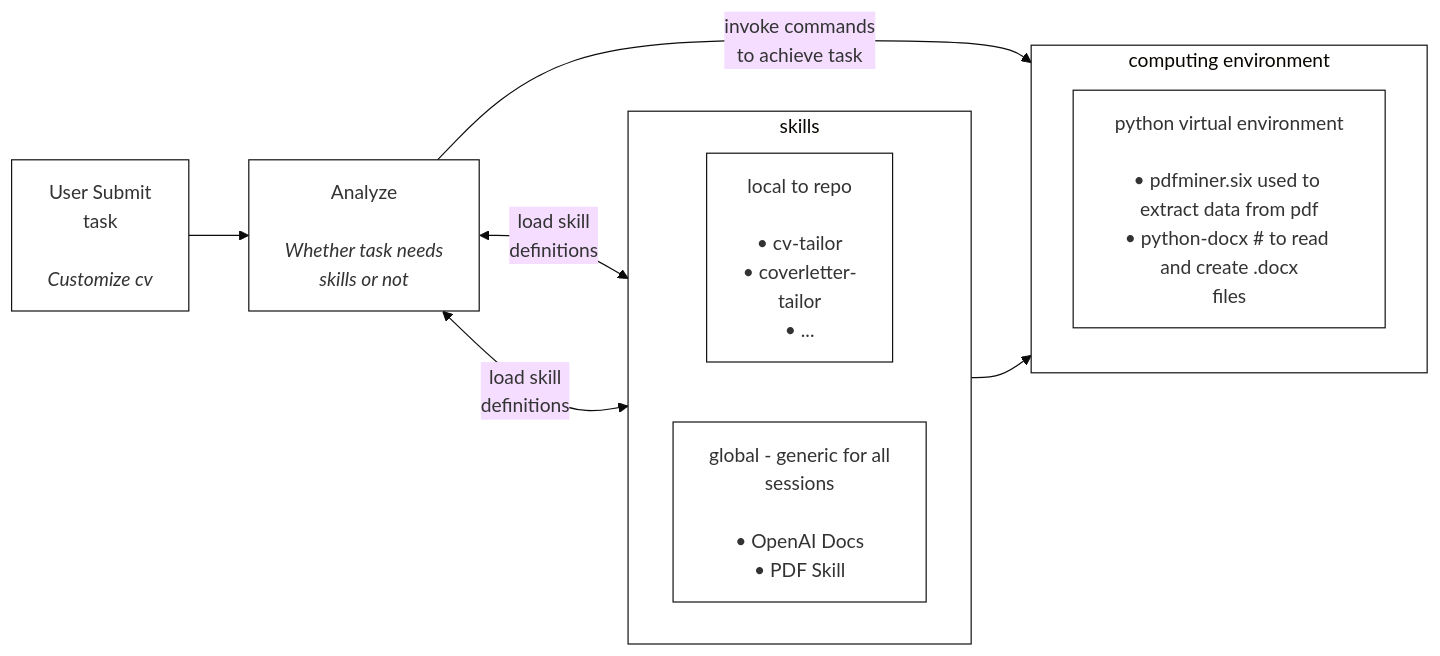
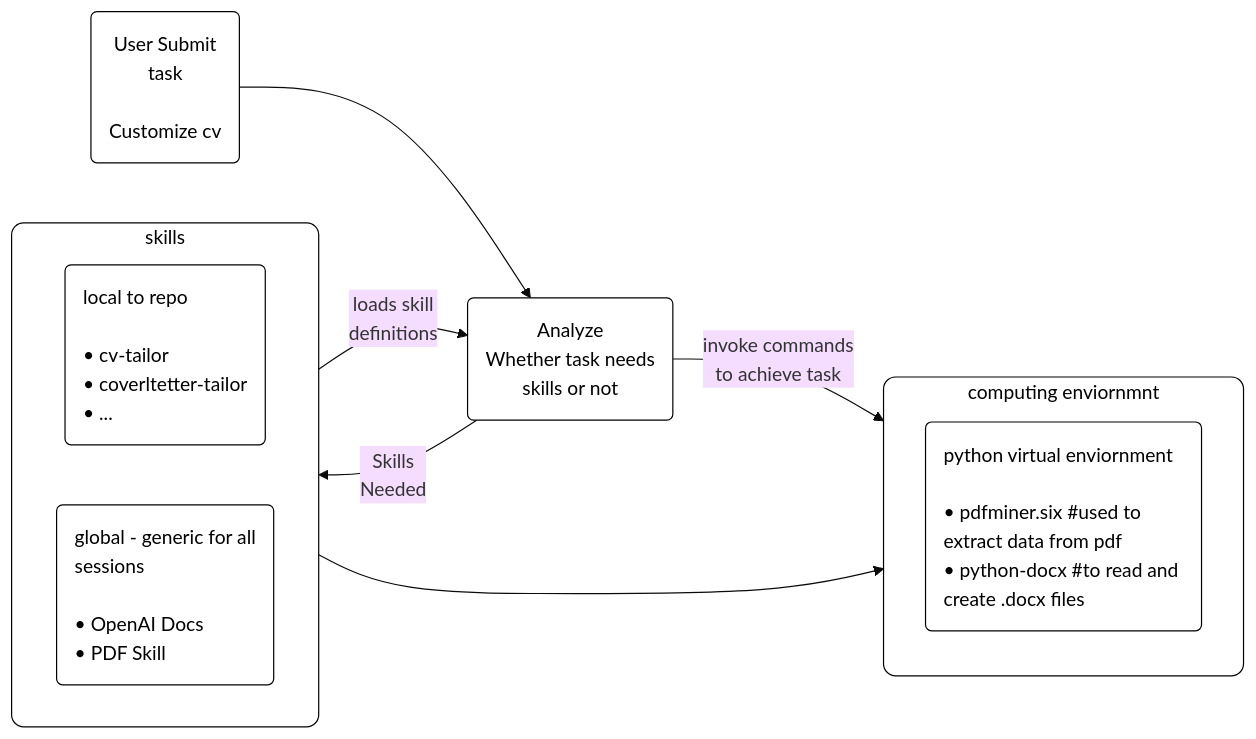
Before and after one commit to nilanka-weeraman/nilanka-weeraman.github.io: the second of 2 diagrams in _posts/2026-02-06-configuring_using_agent_skills.md, drawn with Mermaid (base theme).

Commit message:
diagram with gemini

````diff
--- a/_posts/2026-02-06-configuring_using_agent_skills.md
+++ b/_posts/2026-02-06-configuring_using_agent_skills.md
@@ -177,38 +177,38 @@
 ```mermaid
 flowchart LR
-  %% Overall left-to-right layout to match the original
+    %% Main Nodes
+    User("User Submit<br>task<br><br>Customize cv")
+    Analyze("Analyze<br>Whether task needs<br>skills or not")
 
-  %% Left column
-  A["User Submit<br/>task<br/><br/><i>Customize cv</i>"]
-  B["Analyze<br/><br/><i>Whether task needs<br/>skills or not</i>"]
+    %% Subgraphs for Containers
+    subgraph Skills ["skills"]
+        direction LR
+        Local("local to repo<br><br>• cv-tailor<br>• coverltetter-tailor<br>• ...")
+        Global("global - generic for all<br>sessions<br><br>• OpenAI Docs<br>• PDF Skill")
+    end
 
-  %% Right-side main groups (rounded container stays as-is unless you want it square too)
-  subgraph S["skills"]
-    direction LR
-    S1["local to repo<br/><br/>• cv-tailor<br/>• coverletter-<br/>tailor<br/>• ..."]
-    S2["global - generic for all<br/>sessions<br/><br/>• OpenAI Docs<br/>• PDF Skill"]
-  end
+    subgraph Computing ["computing enviornmnt"]
+        Venv("python virtual enviornment<br><br>• pdfminer.six #used to extract data from pdf<br>• python-docx #to read and create .docx files")
+    end
 
-  subgraph CE["computing environment"]
-    direction TB
-    C["python virtual environment<br/><br/>• pdfminer.six used to extract data from pdf<br/>• python-docx # to read and create .docx<br/>files"]
-  end
+    %% Edge Connections
+    User --> Analyze
+    Analyze -->|"Skills<br>Needed"| Skills
+    Skills -->|"loads skill<br>definitions"| Analyze
+    Analyze -->|"invoke commands<br>to achieve task"| Computing
+    Skills --> Computing
 
-  %% Connections + labels
-  A --> B
-  B <-->|load skill<br/>definitions| S1
-  B <-->|load skill<br/>definitions| S2
-
-  B -->|invoke commands<br/>to achieve task| C
-  S --> C
-
-  %% Square box styling
-  classDef square fill:#ffffff,stroke:#111,stroke-width:1px;
-
-  class A,B,S1,S2,C square;
-
-  %% Keep subgraph borders consistent (square too)
-  style S fill:#ffffff,stroke:#111,stroke-width:1px,rx:0,ry:0;
-  style CE fill:#ffffff,stroke:#111,stroke-width:1px,rx:0,ry:0;
+    %% Styling to match the clean white boxes and text formatting
+    style User fill:#fff,stroke:#000,stroke-width:1px,color:#000
+    style Analyze fill:#fff,stroke:#000,stroke-width:1px,color:#000
+    
+    %% Standard nodes with () automatically get rounded corners, but we align text to left
+    style Local fill:#fff,stroke:#000,stroke-width:1px,color:#000,text-align:left
+    style Global fill:#fff,stroke:#000,stroke-width:1px,color:#000,text-align:left
+    style Venv fill:#fff,stroke:#000,stroke-width:1px,color:#000,text-align:left
+    
+    %% Style the outer subgraphs
+    style Skills fill:#fff,stroke:#000,stroke-width:1px,color:#000,rx:10,ry:10
+    style Computing fill:#fff,stroke:#000,stroke-width:1px,color:#000,rx:10,ry:10
 
 ```
````
